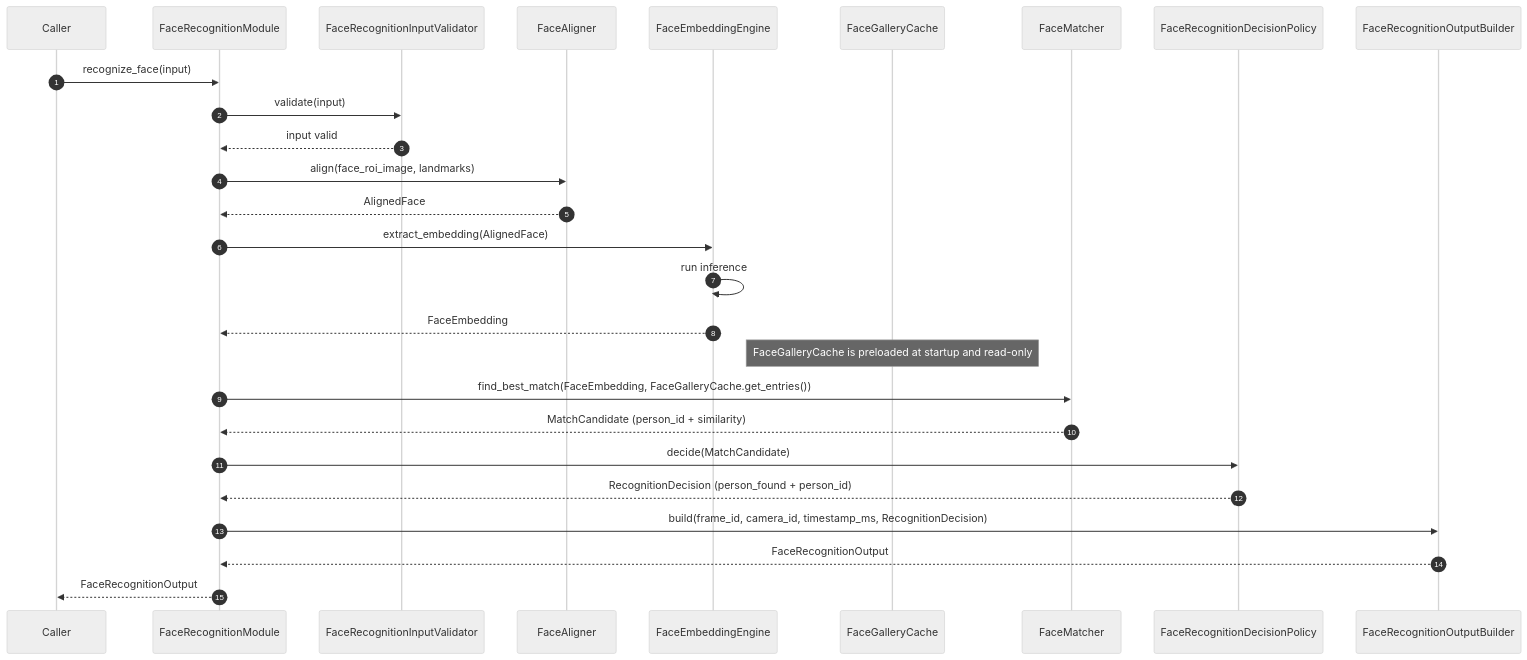
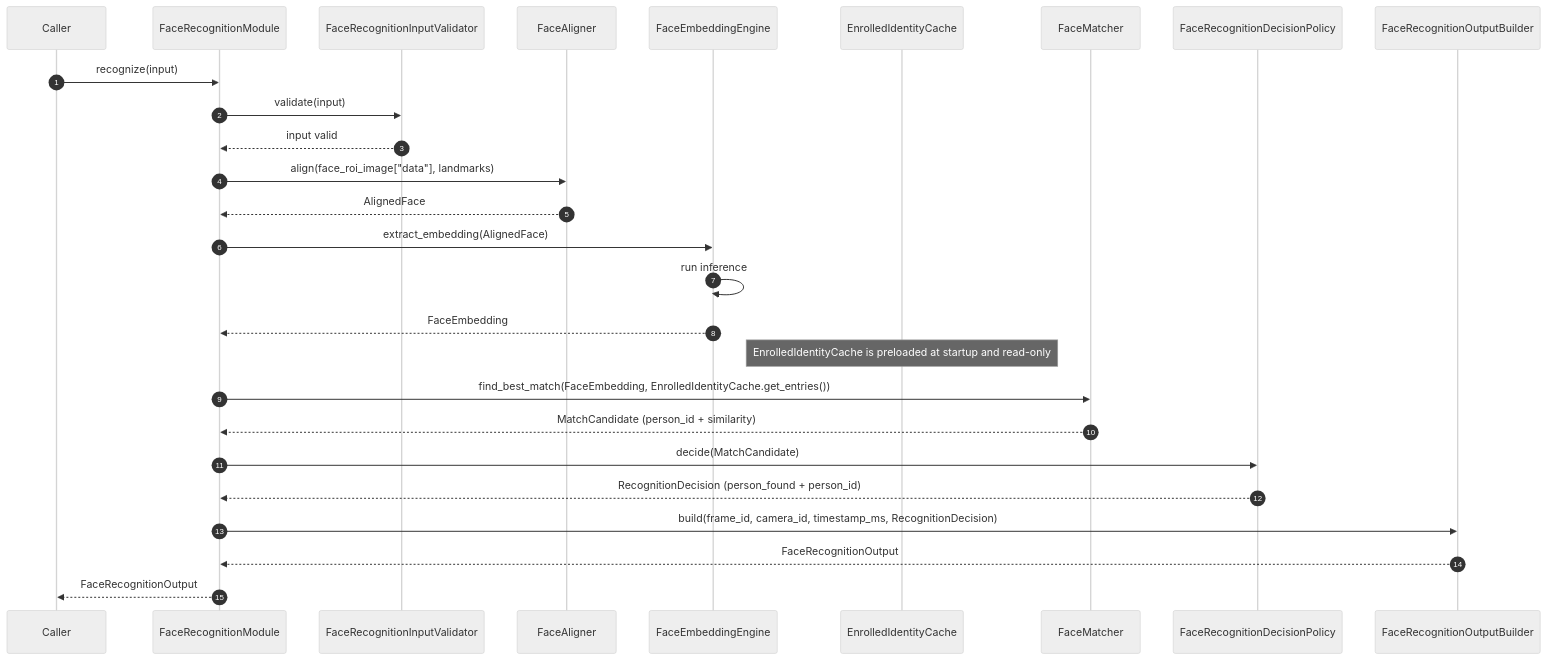
Before and after one commit to talifruman/camera-recognition: the second of 3 diagrams in doc/image_processing_service/face_recognition.md, drawn with Mermaid (neutral theme). The commit also changed other lines of this file and 203 other files, not shown here.

````diff
--- a/doc/image_processing_service/face_recognition.md
+++ b/doc/image_processing_service/face_recognition.md
@@ -474,30 +499,30 @@
 ```mermaid
 sequenceDiagram
     autonumber
     participant Caller
     participant FaceRecognitionModule
     participant FaceRecognitionInputValidator
     participant FaceAligner
     participant FaceEmbeddingEngine
-    participant FaceGalleryCache
+    participant EnrolledIdentityCache
     participant FaceMatcher
     participant FaceRecognitionDecisionPolicy
     participant FaceRecognitionOutputBuilder
 
-    Caller->>FaceRecognitionModule: recognize_face(input)
+    Caller->>FaceRecognitionModule: recognize(input)
     FaceRecognitionModule->>FaceRecognitionInputValidator: validate(input)
     FaceRecognitionInputValidator-->>FaceRecognitionModule: input valid
-    FaceRecognitionModule->>FaceAligner: align(face_roi_image, landmarks)
+    FaceRecognitionModule->>FaceAligner: align(face_roi_image["data"], landmarks)
     FaceAligner-->>FaceRecognitionModule: AlignedFace
     FaceRecognitionModule->>FaceEmbeddingEngine: extract_embedding(AlignedFace)
     FaceEmbeddingEngine->>FaceEmbeddingEngine: run inference
     FaceEmbeddingEngine-->>FaceRecognitionModule: FaceEmbedding
-    Note over FaceGalleryCache: FaceGalleryCache is preloaded at startup and read-only
-    FaceRecognitionModule->>FaceMatcher: find_best_match(FaceEmbedding, FaceGalleryCache.get_entries())
+    Note over EnrolledIdentityCache: EnrolledIdentityCache is preloaded at startup and read-only
+    FaceRecognitionModule->>FaceMatcher: find_best_match(FaceEmbedding, EnrolledIdentityCache.get_entries())
     FaceMatcher-->>FaceRecognitionModule: MatchCandidate (person_id + similarity)
     FaceRecognitionModule->>FaceRecognitionDecisionPolicy: decide(MatchCandidate)
     FaceRecognitionDecisionPolicy-->>FaceRecognitionModule: RecognitionDecision (person_found + person_id)
     FaceRecognitionModule->>FaceRecognitionOutputBuilder: build(frame_id, camera_id, timestamp_ms, RecognitionDecision)
     FaceRecognitionOutputBuilder-->>FaceRecognitionModule: FaceRecognitionOutput
     FaceRecognitionModule-->>Caller: FaceRecognitionOutput
 ```
````
